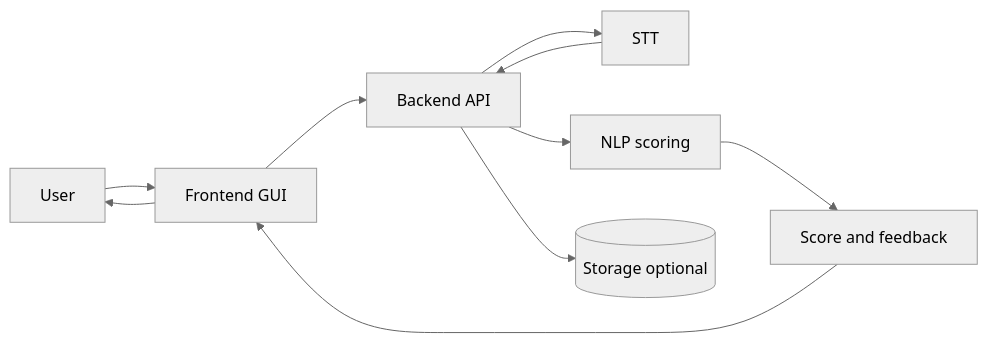
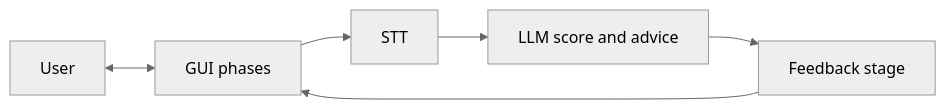
One commit to louis-li-builds/mock-interview-coach-stt-star-feedback-scoring-nlp-uts-project changed the diagram in README.md. Above: the diagram before and after it, drawn with Mermaid (neutral theme). The commit also changed other lines of this file and 2 other files, not shown here.

Commit message:
docs: align README with staged GUI, STT, and LLM pipeline

````diff
--- a/README.md
+++ b/README.md
@@ -14,13 +16,14 @@
 ```mermaid
 flowchart LR
   U[User]
-  FE[Frontend GUI]
-  API[Backend API]
+  G[GUI phases]
   STT[STT]
-  NLP[NLP scoring]
-  OUT[Score and feedback]
-  DB[(Storage optional)]
+  LLM[LLM score and advice]
+  FB[Feedback stage]
 
-  U --> FE --> API --> STT --> API --> NLP --> OUT --> FE --> U
-  API --> DB
+  U <--> G
+  G --> STT
+  STT --> LLM
+  LLM --> FB
+  FB --> G
 ```
````
